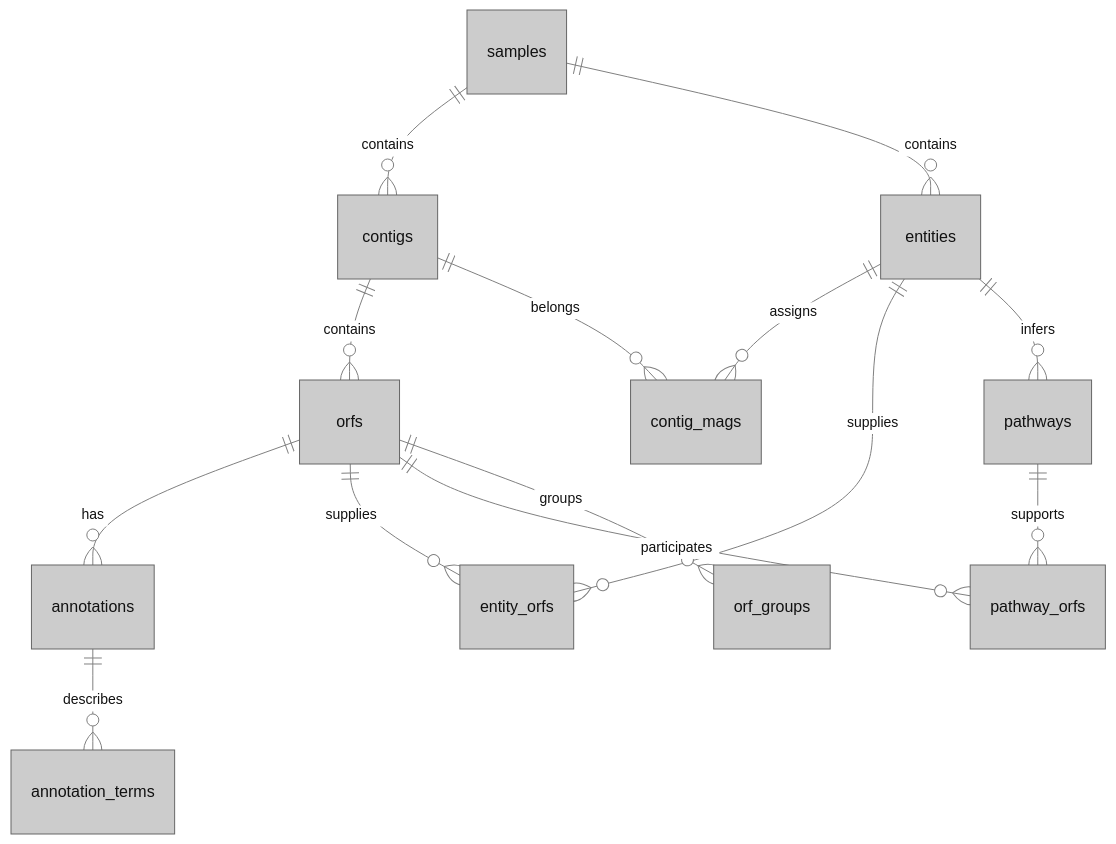
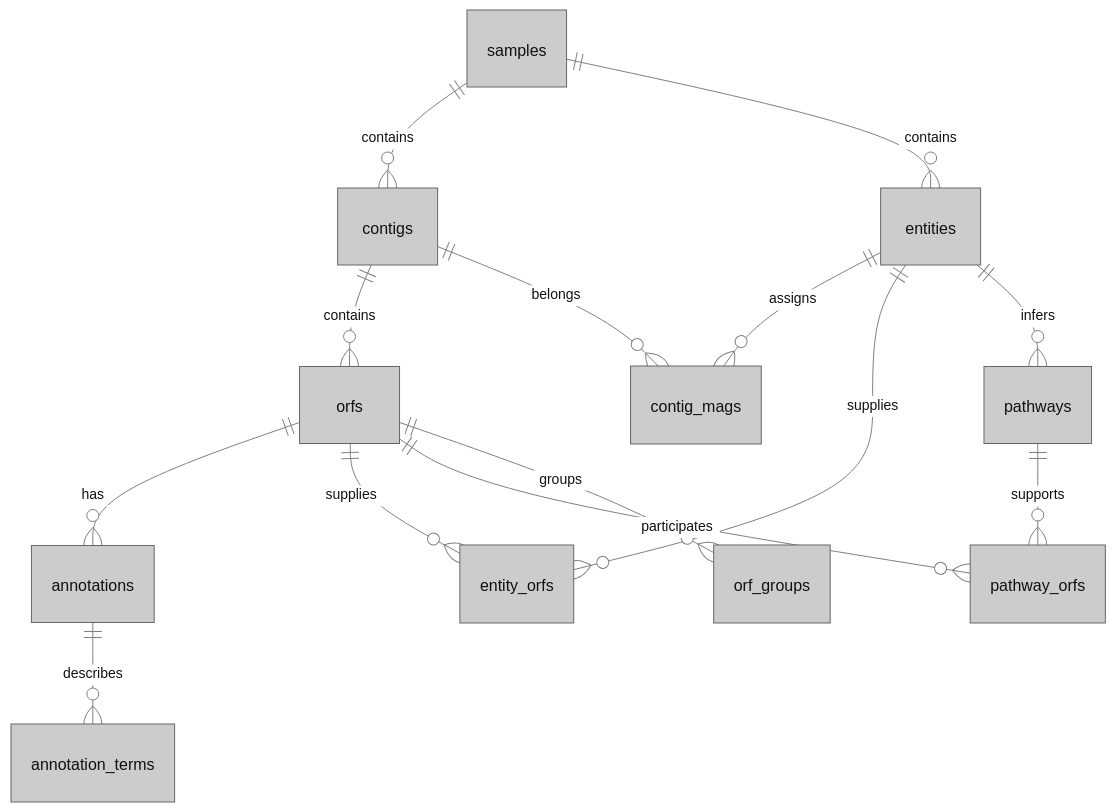
One commit to hallamlab/MetaPathways changed the diagram in docs/diagrams/results-schema.mmd. Above: the diagram before and after it, drawn with Mermaid. The commit also changed 35 other files, not shown here.

```diff
--- a/docs/diagrams/results-schema.mmd
+++ b/docs/diagrams/results-schema.mmd
@@ -1,15 +1,15 @@
-%%{init: {"theme":"base","fontFamily":"Times New Roman, Times, serif","themeVariables":{"fontFamily":"Times New Roman, Times, serif","fontSize":"16px","primaryColor":"#CCCCCC","primaryTextColor":"#111111","primaryBorderColor":"#666666","secondaryColor":"#DAE8FC","tertiaryColor":"#F5F5F5","lineColor":"#808080","edgeLabelBackground":"#FFFFFF","background":"#FFFFFF","defaultLinkColor":"#808080","textColor":"#111111"},"flowchart":{"htmlLabels":false,"curve":"linear"},"themeCSS":".edgeLabel .background { fill: #FFFFFF !important; opacity: 1 !important; } .edgeLabel text { fill: #111111 !important; }"}}%%
+%%{init: {"htmlLabels":false,"theme":"base","fontFamily":"Times New Roman, Times, serif","themeVariables":{"fontFamily":"Times New Roman, Times, serif","fontSize":"16px","primaryColor":"#CCCCCC","primaryTextColor":"#111111","primaryBorderColor":"#666666","secondaryColor":"#DAE8FC","tertiaryColor":"#F5F5F5","lineColor":"#808080","edgeLabelBackground":"#FFFFFF","background":"#FFFFFF","defaultLinkColor":"#808080","textColor":"#111111"},"flowchart":{"htmlLabels":false,"curve":"linear"},"themeCSS":".edgeLabel .background { fill: #FFFFFF !important; opacity: 1 !important; } .edgeLabel text { fill: #111111 !important; }"}}%%
 erDiagram
     samples ||--o{ contigs : contains
     contigs ||--o{ orfs : contains
     orfs ||--o{ annotations : has
     annotations ||--o{ annotation_terms : describes
     samples ||--o{ entities : contains
     entities ||--o{ contig_mags : assigns
     contigs ||--o{ contig_mags : belongs
     entities ||--o{ entity_orfs : supplies
     orfs ||--o{ entity_orfs : supplies
     entities ||--o{ pathways : infers
     pathways ||--o{ pathway_orfs : supports
     orfs ||--o{ pathway_orfs : participates
     orfs ||--o{ orf_groups : groups
```
